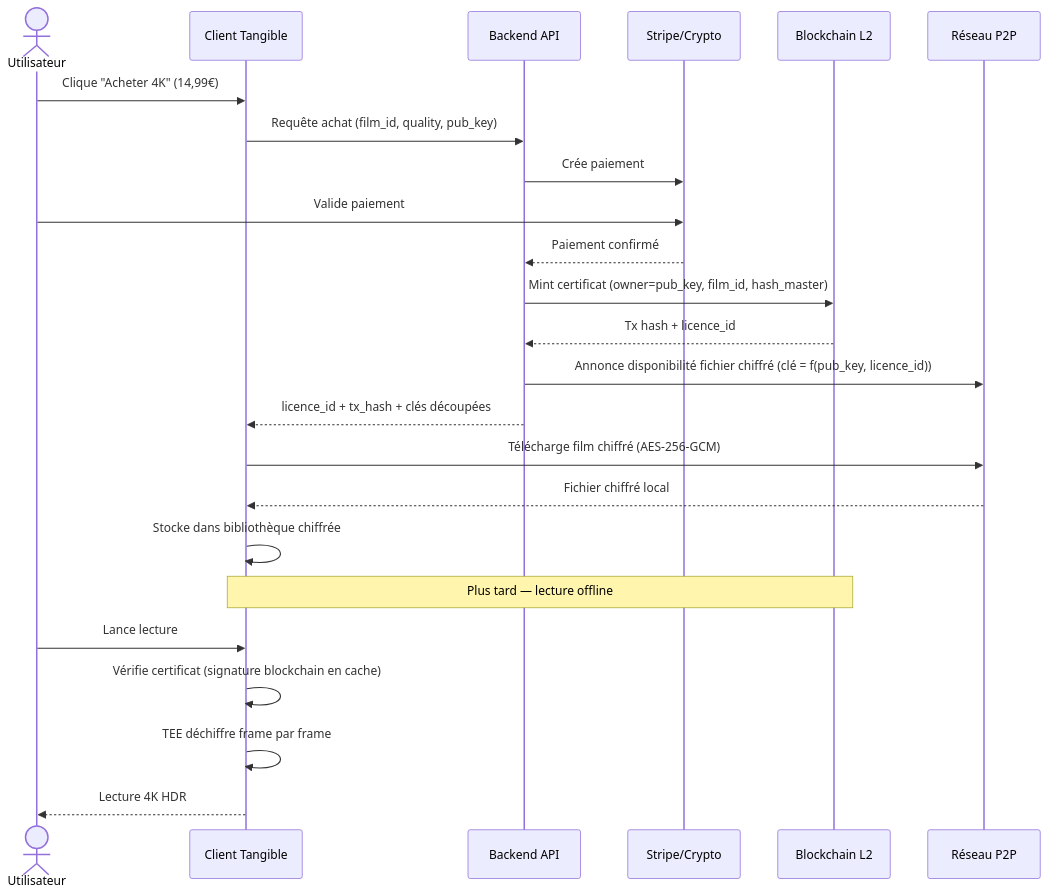
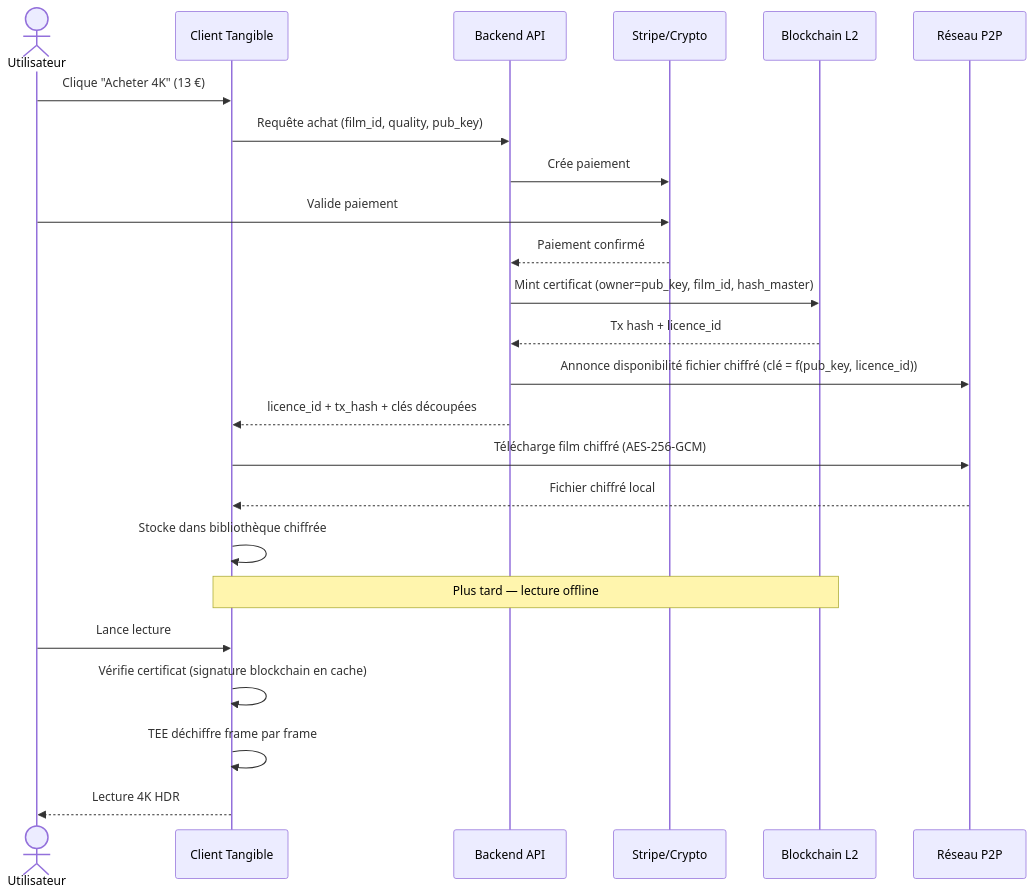
Before and after one commit to Pixnop/tangible: the second of 4 diagrams in content/06 - Technique/Architecture Technique.md, drawn with Mermaid. The commit also changed other lines of this file and 4 other files, not shown here.

````diff
--- a/content/06 - Technique/Architecture Technique.md
+++ b/content/06 - Technique/Architecture Technique.md
@@ -109,27 +109,27 @@
 ```mermaid
 sequenceDiagram
     actor U as Utilisateur
     participant C as Client Tangible
     participant API as Backend API
     participant PAY as Stripe/Crypto
     participant BC as Blockchain L2
     participant P2P as Réseau P2P
 
-    U->>C: Clique "Acheter 4K" (14,99€)
+    U->>C: Clique "Acheter 4K" (13 €)
     C->>API: Requête achat (film_id, quality, pub_key)
     API->>PAY: Crée paiement
     U->>PAY: Valide paiement
     PAY-->>API: Paiement confirmé
     API->>BC: Mint certificat (owner=pub_key, film_id, hash_master)
     BC-->>API: Tx hash + licence_id
     API->>P2P: Annonce disponibilité fichier chiffré (clé = f(pub_key, licence_id))
     API-->>C: licence_id + tx_hash + clés découpées
     C->>P2P: Télécharge film chiffré (AES-256-GCM)
     P2P-->>C: Fichier chiffré local
     C->>C: Stocke dans bibliothèque chiffrée
     Note over C,BC: Plus tard — lecture offline
     U->>C: Lance lecture
     C->>C: Vérifie certificat (signature blockchain en cache)
     C->>C: TEE déchiffre frame par frame
     C-->>U: Lecture 4K HDR
 ```
````
